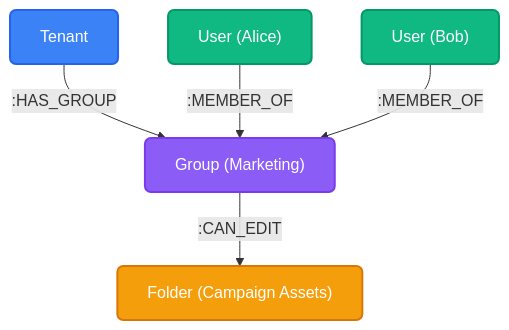
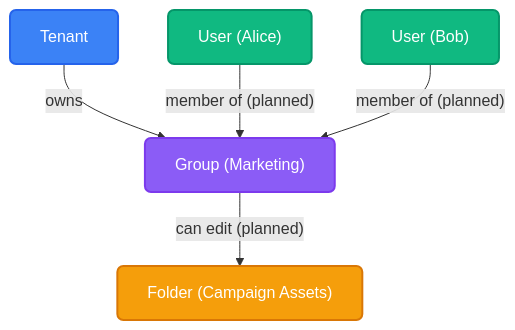
Before and after one commit to platrium-app/platrium: the first of 2 diagrams in docs/content/docs/(contributors)/architecture/identity/users-groups.mdx, drawn with Mermaid. The commit also changed other lines of this file and 75 other files, not shown here.

````diff
--- a/docs/content/docs/(contributors)/architecture/identity/users-groups.mdx
+++ b/docs/content/docs/(contributors)/architecture/identity/users-groups.mdx
@@ -56,18 +65,18 @@
 ```mermaid
 flowchart TD
     classDef tenant fill:#3b82f6,stroke:#2563eb,stroke-width:2px,color:#fff,rx:6px,ry:6px;
     classDef user fill:#10b981,stroke:#059669,stroke-width:2px,color:#fff,rx:6px,ry:6px;
     classDef group fill:#8b5cf6,stroke:#7c3aed,stroke-width:2px,color:#fff,rx:6px,ry:6px;
     classDef folder fill:#f59e0b,stroke:#d97706,stroke-width:2px,color:#fff,rx:6px,ry:6px;
 
     T["Tenant"]:::tenant
     U1["User (Alice)"]:::user
     U2["User (Bob)"]:::user
     G["Group (Marketing)"]:::group
     F["Folder (Campaign Assets)"]:::folder
 
-    T -->|":HAS_GROUP"| G
-    U1 -->|":MEMBER_OF"| G
-    U2 -->|":MEMBER_OF"| G
-    G -->|":CAN_EDIT"| F
+    T -->|"owns"| G
+    U1 -->|"member of (planned)"| G
+    U2 -->|"member of (planned)"| G
+    G -->|"can edit (planned)"| F
 ```
````
